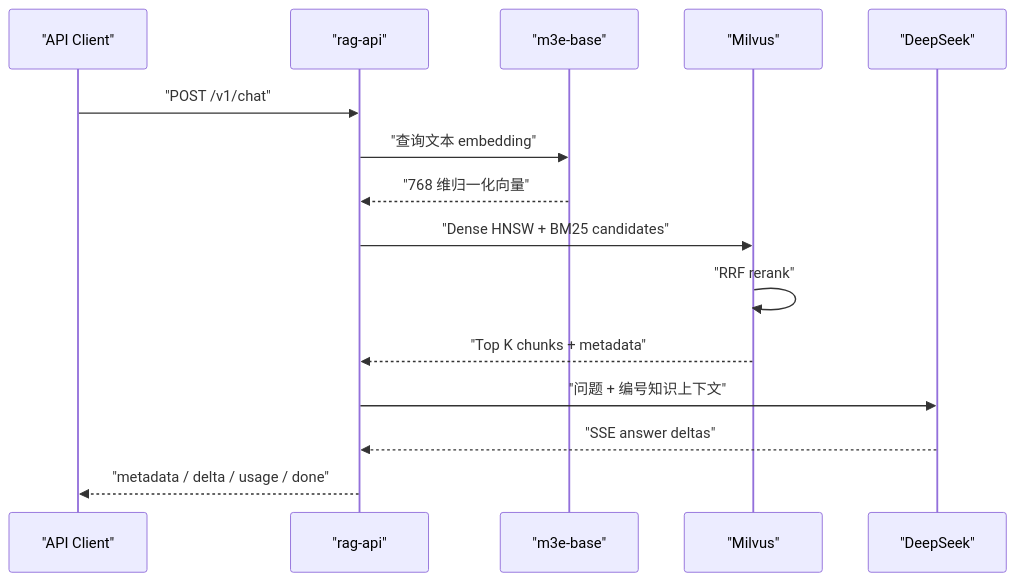
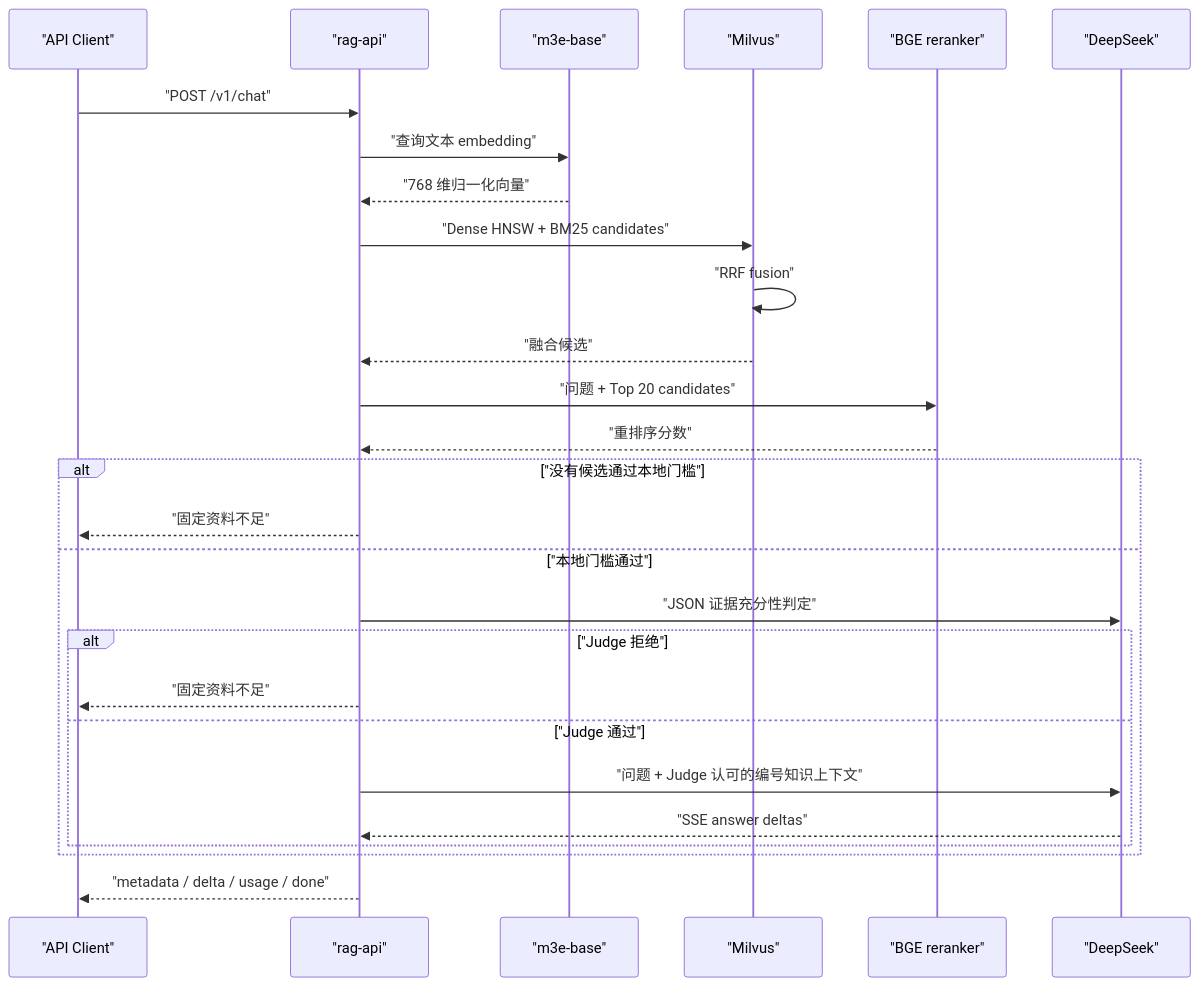
One commit to wwbotww/Intern26-spb changed the second of 2 diagrams in docs/workspace-architecture.md. Above: the diagram before and after it, drawn with Mermaid. The commit also changed other lines of this file and 29 other files, not shown here.

````diff
--- a/docs/workspace-architecture.md
+++ b/docs/workspace-architecture.md
@@ -115,17 +117,29 @@
 ```mermaid
 sequenceDiagram
     participant U as "API Client"
     participant A as "rag-api"
     participant E as "m3e-base"
     participant M as "Milvus"
+    participant R as "BGE reranker"
     participant D as "DeepSeek"
     U->>A: "POST /v1/chat"
     A->>E: "查询文本 embedding"
     E-->>A: "768 维归一化向量"
     A->>M: "Dense HNSW + BM25 candidates"
-    M->>M: "RRF rerank"
-    M-->>A: "Top K chunks + metadata"
-    A->>D: "问题 + 编号知识上下文"
-    D-->>A: "SSE answer deltas"
+    M->>M: "RRF fusion"
+    M-->>A: "融合候选"
+    A->>R: "问题 + Top 20 candidates"
+    R-->>A: "重排序分数"
+    alt "没有候选通过本地门槛"
+        A-->>U: "固定资料不足"
+    else "本地门槛通过"
+        A->>D: "JSON 证据充分性判定"
+        alt "Judge 拒绝"
+            A-->>U: "固定资料不足"
+        else "Judge 通过"
+            A->>D: "问题 + Judge 认可的编号知识上下文"
+            D-->>A: "SSE answer deltas"
+        end
+    end
     A-->>U: "metadata / delta / usage / done"
 ```
````
